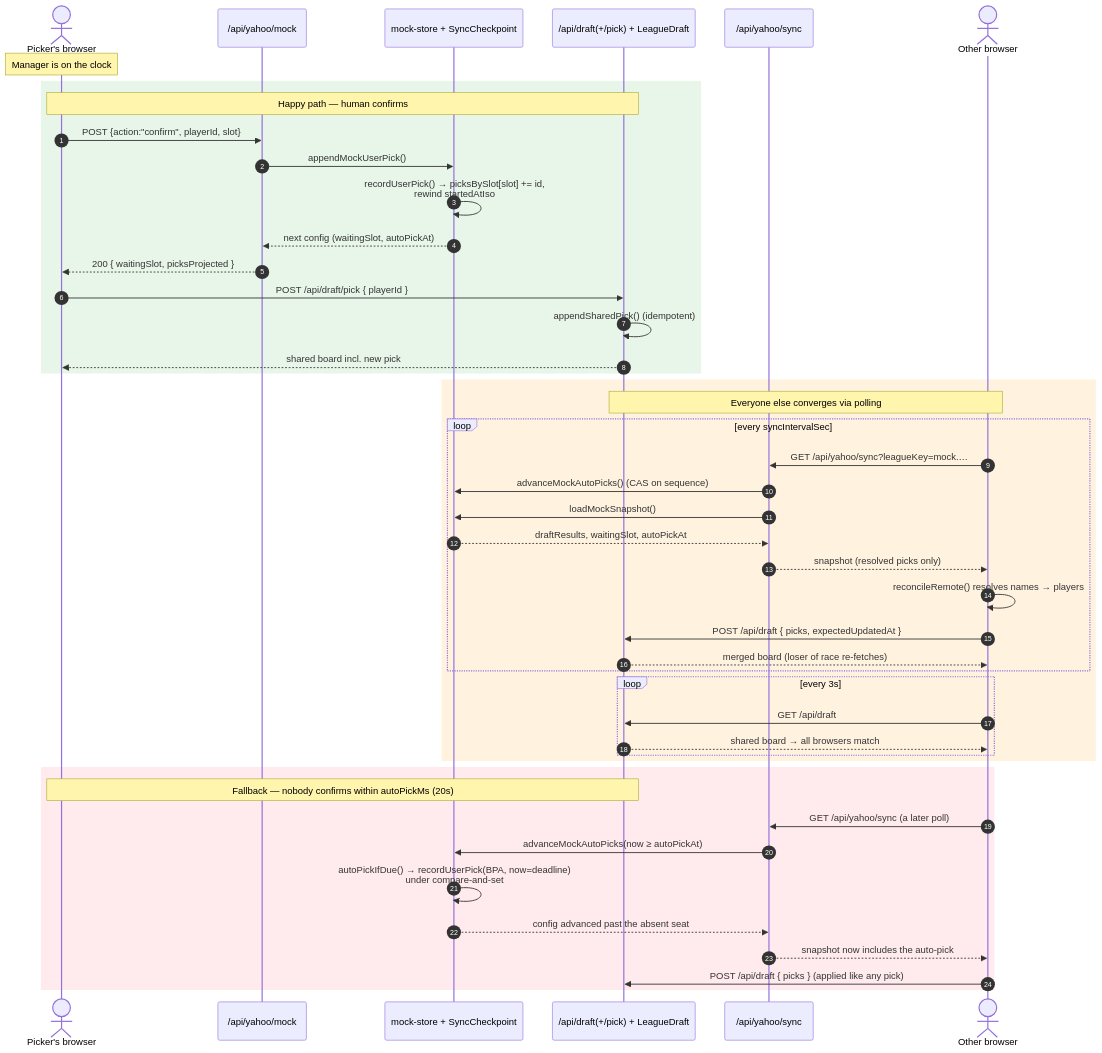
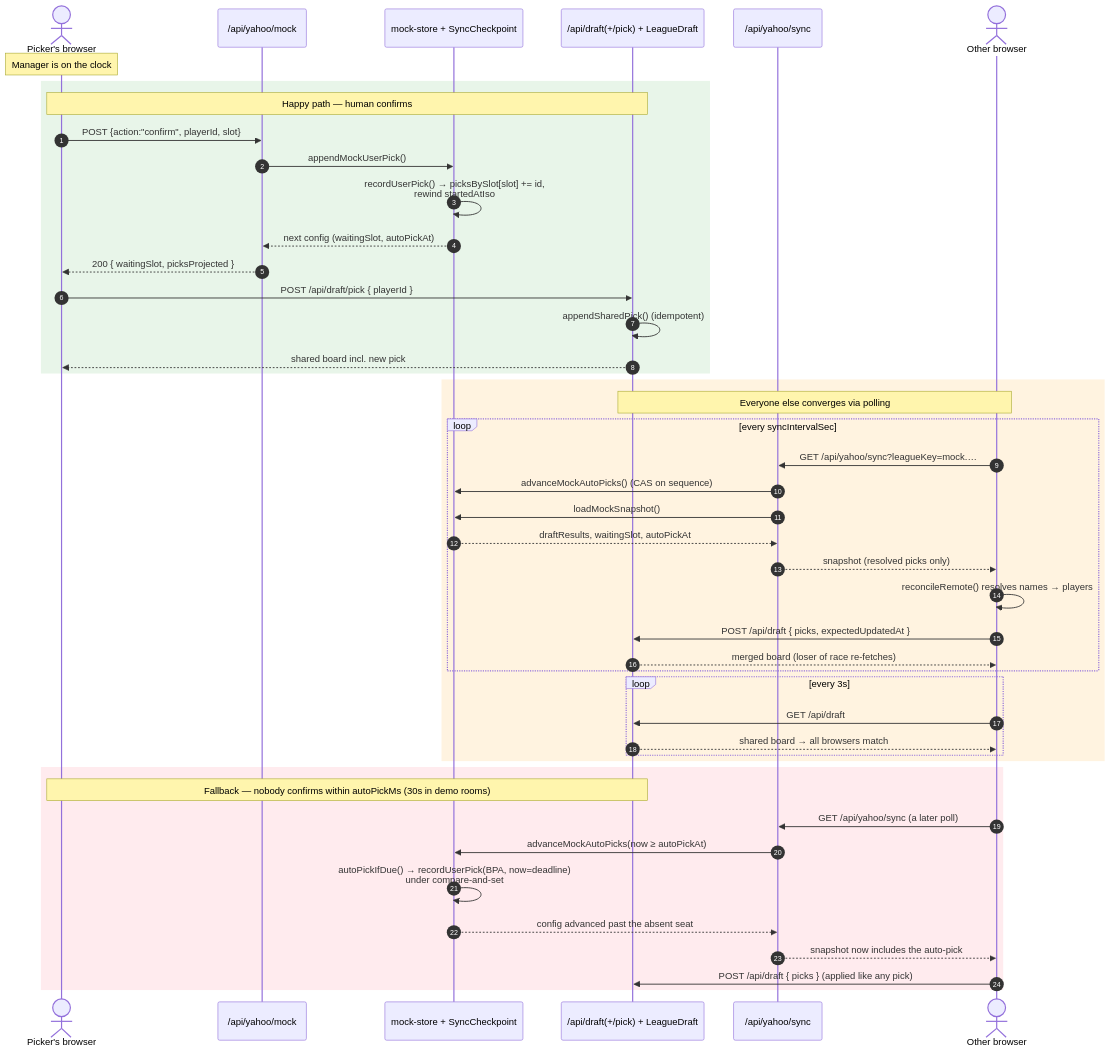
One commit to dconroy/ai-fantasy-football changed the diagram in ARCHITECTURE.md. Above: the diagram before and after it, drawn with Mermaid. The commit also changed other lines of this file and 6 other files, not shown here.

````diff
--- a/ARCHITECTURE.md
+++ b/ARCHITECTURE.md
@@ -222,52 +222,52 @@
 ```mermaid
 sequenceDiagram
     autonumber
     actor Picker as Picker's browser
     participant MockAPI as /api/yahoo/mock
     participant Store as mock-store + SyncCheckpoint
     participant Board as /api/draft(+/pick) + LeagueDraft
     participant SyncAPI as /api/yahoo/sync
     actor Other as Other browser
 
     Note over Picker: Manager is on the clock
 
     rect rgb(232, 245, 233)
     Note over Picker,Board: Happy path — human confirms
     Picker->>MockAPI: POST {action:"confirm", playerId, slot}
     MockAPI->>Store: appendMockUserPick()
     Store->>Store: recordUserPick() → picksBySlot[slot] += id,<br/>rewind startedAtIso
     Store-->>MockAPI: next config (waitingSlot, autoPickAt)
     MockAPI-->>Picker: 200 { waitingSlot, picksProjected }
     Picker->>Board: POST /api/draft/pick { playerId }
     Board->>Board: appendSharedPick() (idempotent)
     Board-->>Picker: shared board incl. new pick
     end
 
     rect rgb(255, 243, 224)
     Note over Other,Board: Everyone else converges via polling
     loop every syncIntervalSec
         Other->>SyncAPI: GET /api/yahoo/sync?leagueKey=mock.…
         SyncAPI->>Store: advanceMockAutoPicks() (CAS on sequence)
         SyncAPI->>Store: loadMockSnapshot()
         Store-->>SyncAPI: draftResults, waitingSlot, autoPickAt
         SyncAPI-->>Other: snapshot (resolved picks only)
         Other->>Other: reconcileRemote() resolves names → players
         Other->>Board: POST /api/draft { picks, expectedUpdatedAt }
         Board-->>Other: merged board (loser of race re-fetches)
     end
     loop every 3s
         Other->>Board: GET /api/draft
         Board-->>Other: shared board → all browsers match
     end
     end
 
     rect rgb(255, 235, 238)
-    Note over Picker,Board: Fallback — nobody confirms within autoPickMs (20s)
+    Note over Picker,Board: Fallback — nobody confirms within autoPickMs (30s in demo rooms)
     Other->>SyncAPI: GET /api/yahoo/sync (a later poll)
     SyncAPI->>Store: advanceMockAutoPicks(now ≥ autoPickAt)
     Store->>Store: autoPickIfDue() → recordUserPick(BPA, now=deadline)<br/>under compare-and-set
     Store-->>SyncAPI: config advanced past the absent seat
     SyncAPI-->>Other: snapshot now includes the auto-pick
     Other->>Board: POST /api/draft { picks } (applied like any pick)
     end
 ```
````
